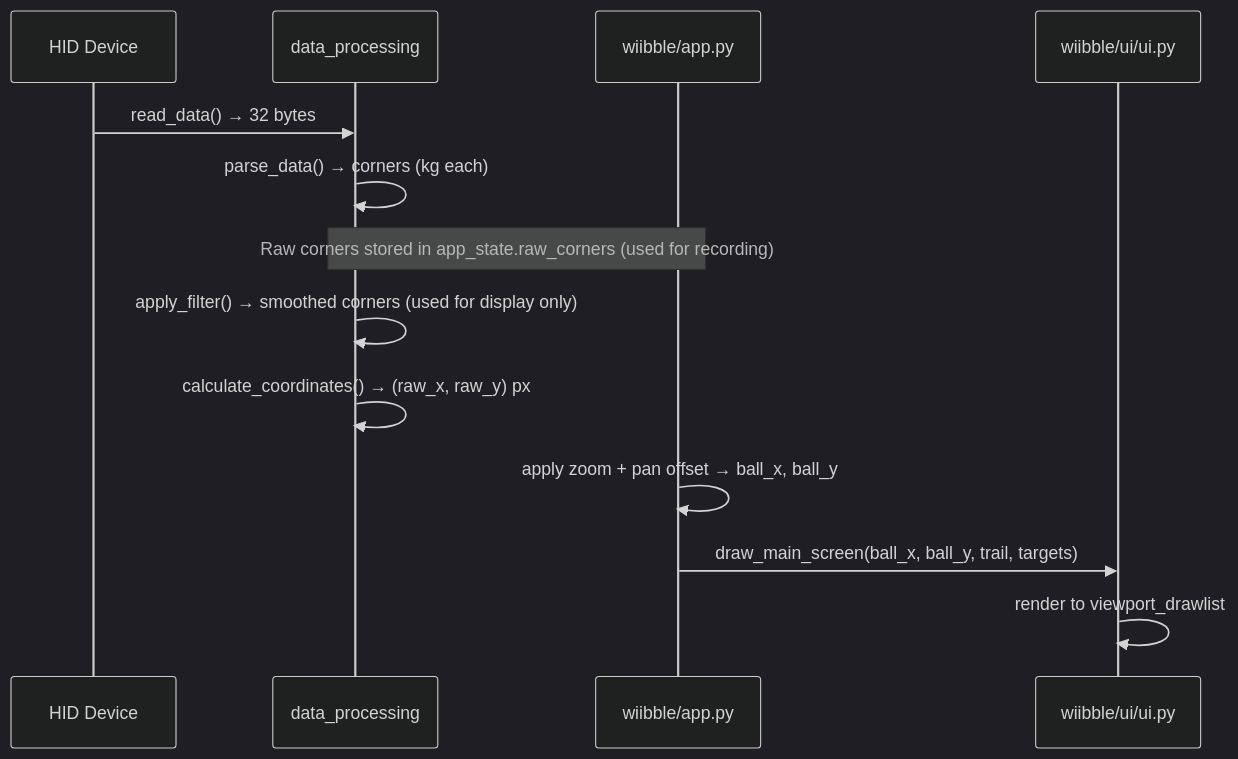
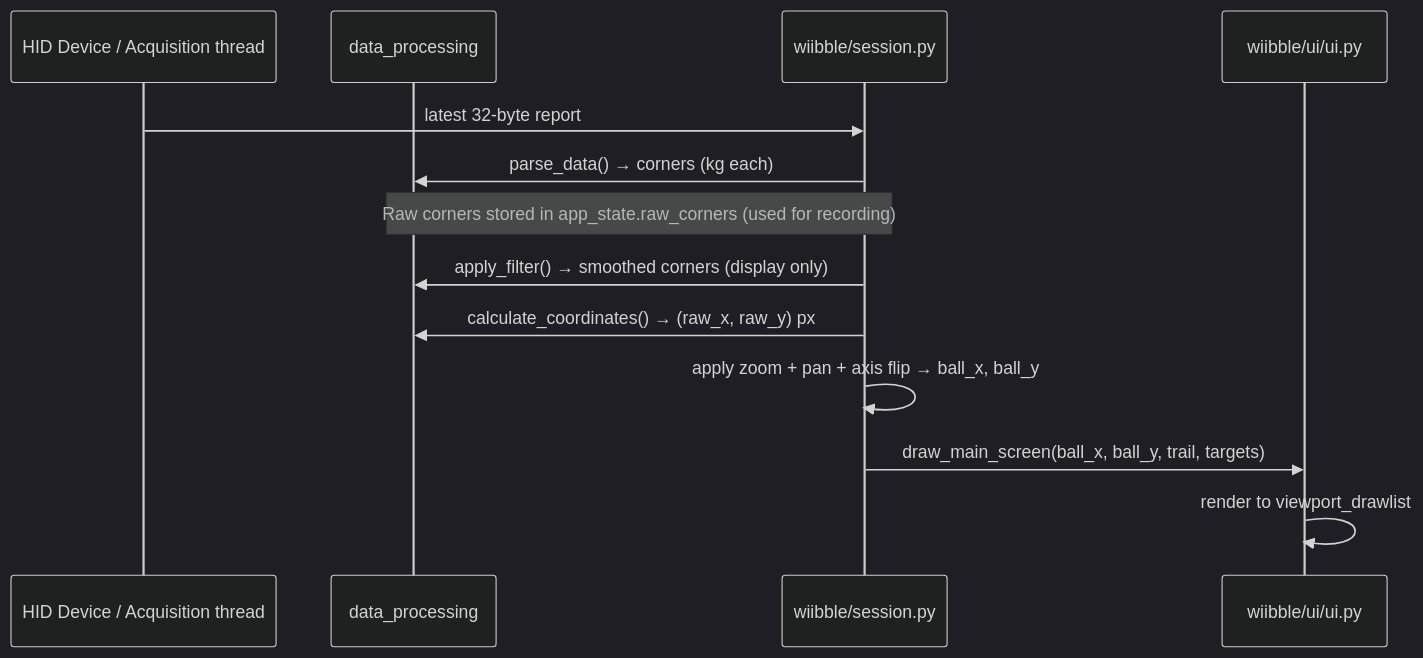
The third of 7 diagrams in docs/dev/architecture.md (NeuroRehack/WIIBBLE), drawn with Mermaid (dark theme) before and after one commit. The commit also changed other lines of this file and 9 other files, not shown here.

````diff
--- a/docs/dev/architecture.md
+++ b/docs/dev/architecture.md
@@ -59,16 +181,16 @@
 ```mermaid
 sequenceDiagram
-    participant HID as HID Device
+    participant HID as HID Device / Acquisition thread
     participant dp as data_processing
-    participant app as wiibble/app.py
+    participant session as wiibble/session.py
     participant ui as wiibble/ui/ui.py
 
-    HID->>dp: read_data() → 32 bytes
-    dp->>dp: parse_data() → corners (kg each)
-    Note over dp,app: Raw corners stored in app_state.raw_corners (used for recording)
-    dp->>dp: apply_filter() → smoothed corners (used for display only)
-    dp->>dp: calculate_coordinates() → (raw_x, raw_y) px
-    app->>app: apply zoom + pan offset → ball_x, ball_y
-    app->>ui: draw_main_screen(ball_x, ball_y, trail, targets)
+    HID->>session: latest 32-byte report
+    session->>dp: parse_data() → corners (kg each)
+    Note over dp,session: Raw corners stored in app_state.raw_corners (used for recording)
+    session->>dp: apply_filter() → smoothed corners (display only)
+    session->>dp: calculate_coordinates() → (raw_x, raw_y) px
+    session->>session: apply zoom + pan + axis flip → ball_x, ball_y
+    session->>ui: draw_main_screen(ball_x, ball_y, trail, targets)
     ui->>ui: render to viewport_drawlist
 ```
````
